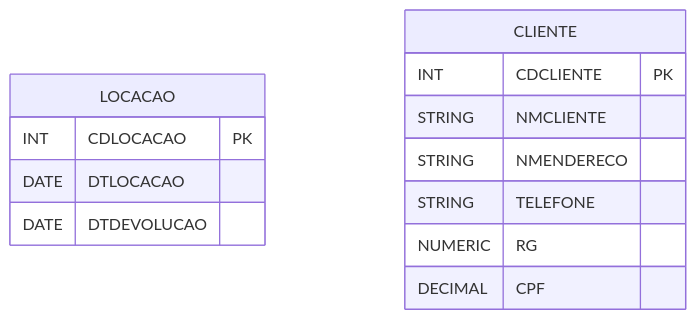
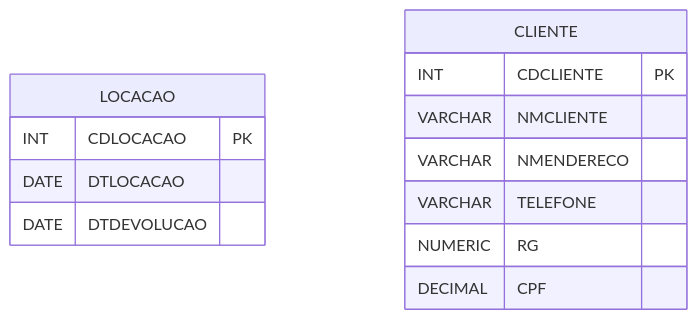
Before and after one commit to marcg-dev/SQLCursoPratico: the second of 13 diagrams in pages/Cap2.md, drawn with Mermaid. The commit also changed other lines of this file, not shown here.

````diff
--- a/pages/Cap2.md
+++ b/pages/Cap2.md
@@ -41,16 +41,16 @@
 ```mermaid
 erDiagram
     LOCACAO {
         INT CDLOCACAO PK
         DATE DTLOCACAO
         DATE DTDEVOLUCAO
     }
     CLIENTE{
         INT CDCLIENTE PK
-        STRING NMCLIENTE
-        STRING NMENDERECO
-        STRING TELEFONE
+        VARCHAR NMCLIENTE
+        VARCHAR NMENDERECO
+        VARCHAR TELEFONE
         NUMERIC RG
         DECIMAL CPF
     }
 ```
````
